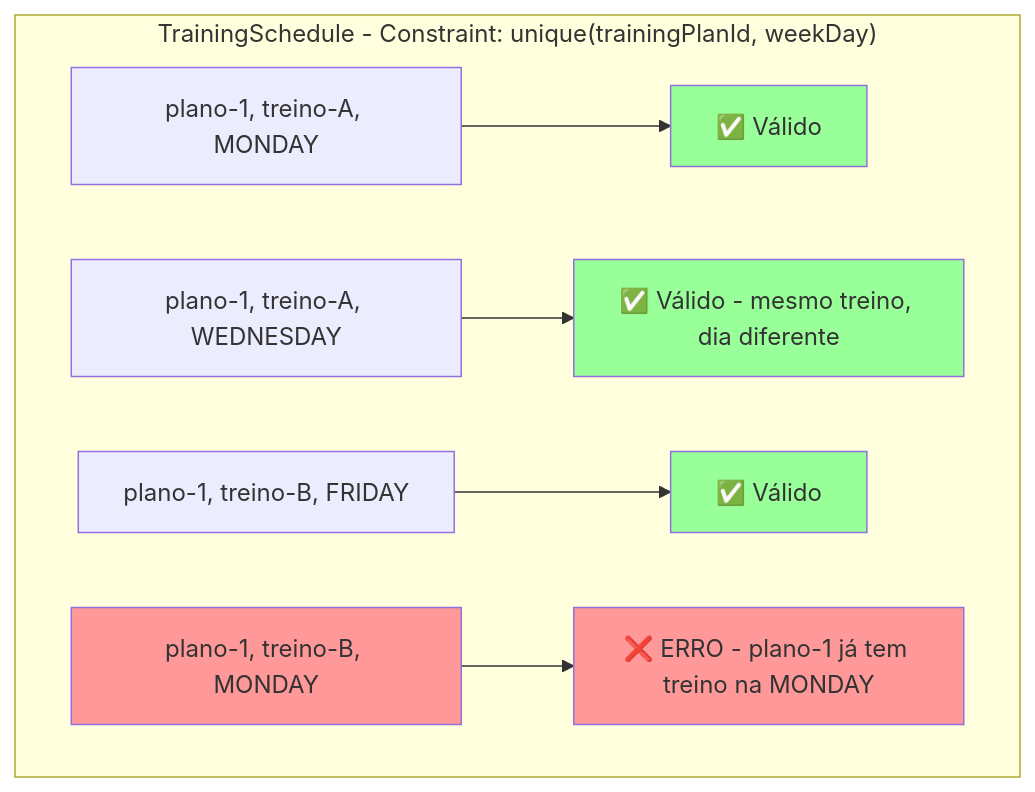
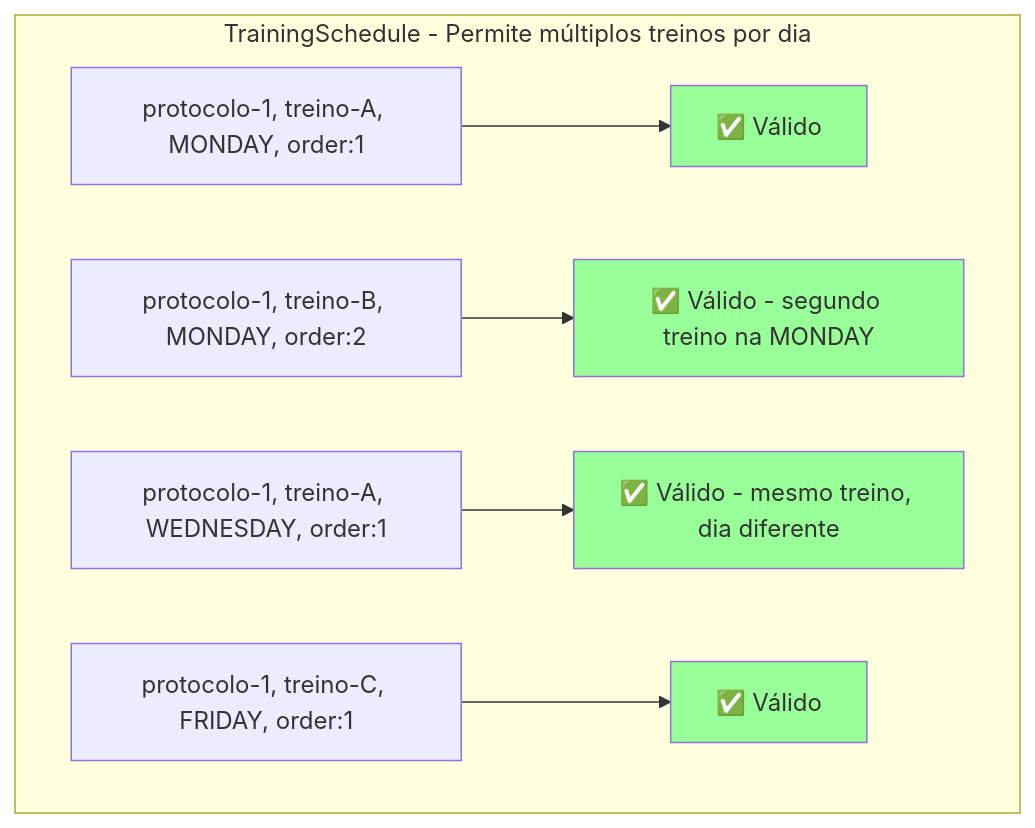
One commit to treinoway/teufit-service changed the second of 6 diagrams in docs/adr/001-training-system-architecture.md. Above: the diagram before and after it, drawn with Mermaid. The commit also changed other lines of this file, not shown here.

Commit message:
Revamp training protocol

````diff
--- a/docs/adr/001-training-system-architecture.md
+++ b/docs/adr/001-training-system-architecture.md
@@ -190,15 +233,14 @@
 ```mermaid
 graph TD
-    subgraph "TrainingSchedule - Constraint: unique(trainingPlanId, weekDay)"
-        A[plano-1, treino-A, MONDAY] --> OK1[✅ Válido]
-        B[plano-1, treino-A, WEDNESDAY] --> OK2[✅ Válido - mesmo treino, dia diferente]
-        C[plano-1, treino-B, FRIDAY] --> OK3[✅ Válido]
-        D[plano-1, treino-B, MONDAY] --> ERR[❌ ERRO - plano-1 já tem treino na MONDAY]
+    subgraph "TrainingSchedule - Permite múltiplos treinos por dia"
+        A[protocolo-1, treino-A, MONDAY, order:1] --> OK1[✅ Válido]
+        B[protocolo-1, treino-B, MONDAY, order:2] --> OK2[✅ Válido - segundo treino na MONDAY]
+        C[protocolo-1, treino-A, WEDNESDAY, order:1] --> OK3[✅ Válido - mesmo treino, dia diferente]
+        D[protocolo-1, treino-C, FRIDAY, order:1] --> OK4[✅ Válido]
     end
 
-    style D fill:#f99
-    style ERR fill:#f99
     style OK1 fill:#9f9
     style OK2 fill:#9f9
     style OK3 fill:#9f9
+    style OK4 fill:#9f9
 ```
````
